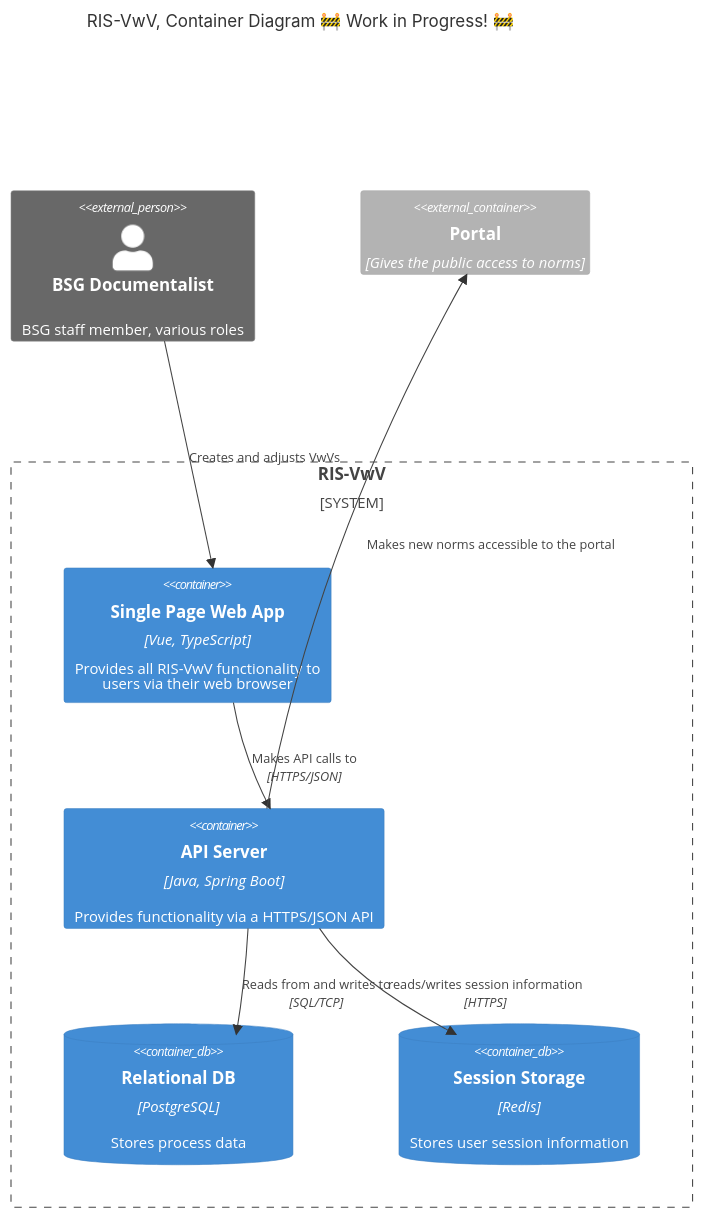
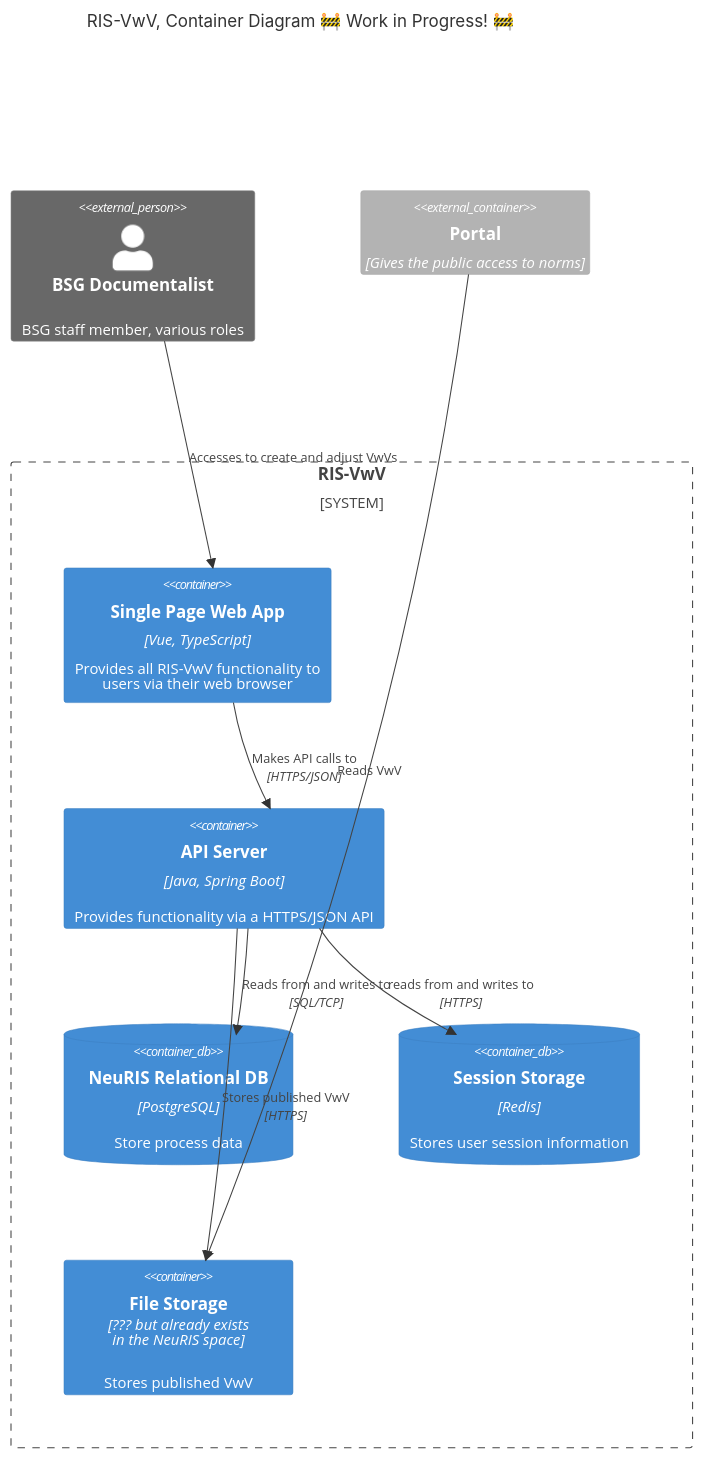
The diagram in doc/architecture-sketches/web-app.md (digitalservicebund/ris-adm-literature), drawn with Mermaid before and after one commit.

Commit message:
Add file storage

````diff
--- a/doc/architecture-sketches/web-app.md
+++ b/doc/architecture-sketches/web-app.md
@@ -11,25 +11,28 @@
 ```mermaid
 C4Container
     title RIS-VwV, Container Diagram 🚧 Work in Progress! 🚧
 
     Person_Ext("documentalist", "BSG Documentalist", "BSG staff member, various roles")
 
     System_Boundary("ris-vwv", "RIS-VwV"){
         Container("frontend", "Single Page Web App", "Vue, TypeScript", "Provides all RIS-VwV functionality to <br>users via their web browser")
-        Rel("documentalist", "frontend", "Creates and adjusts VwVs")
+        Rel("documentalist", "frontend", "Accesses to create and adjust VwVs")
 
         Container("backend", "API Server", "Java, Spring Boot", "Provides functionality via a HTTPS/JSON API")
         Rel("frontend", "backend", "Makes API calls to", "HTTPS/JSON")
 
-        ContainerDb("relationalDB", "Relational DB", "PostgreSQL", "Stores process data")
+        ContainerDb("relationalDB", "NeuRIS Relational DB", "PostgreSQL", "Store process data")
         Rel("backend", "relationalDB", "Reads from and writes to", "SQL/TCP")
 
         ContainerDb("sessionStorage", "Session Storage", "Redis", "Stores user session information")
-        Rel("backend", "sessionStorage", "reads/writes  session information", "HTTPS")
+        Rel("backend", "sessionStorage", "reads from and writes to", "HTTPS")
+
+        Container("fileStorage", "File Storage", "??? but already exists<br> in the NeuRIS space" "Stores published VwV")
+        Rel("backend", "fileStorage", "Stores published VwV", "HTTPS")
     }
 
     Container_Ext("portal", "Portal", "Gives the public access to norms")
-    Rel("backend", "portal", "Makes new norms accessible to the portal")
+    Rel("portal", "fileStorage", "Reads VwV")
 
     UpdateLayoutConfig($c4ShapeInRow="2", $c4BoundaryInRow="2")
 ```
````
